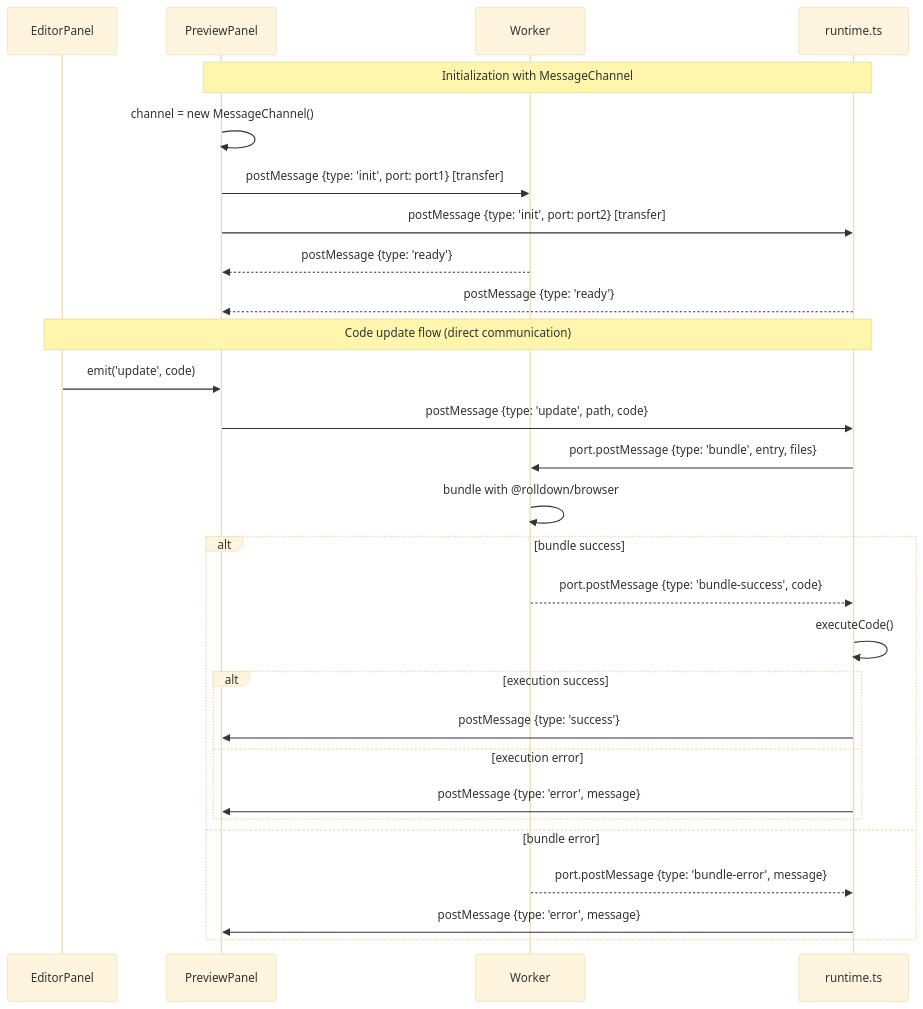
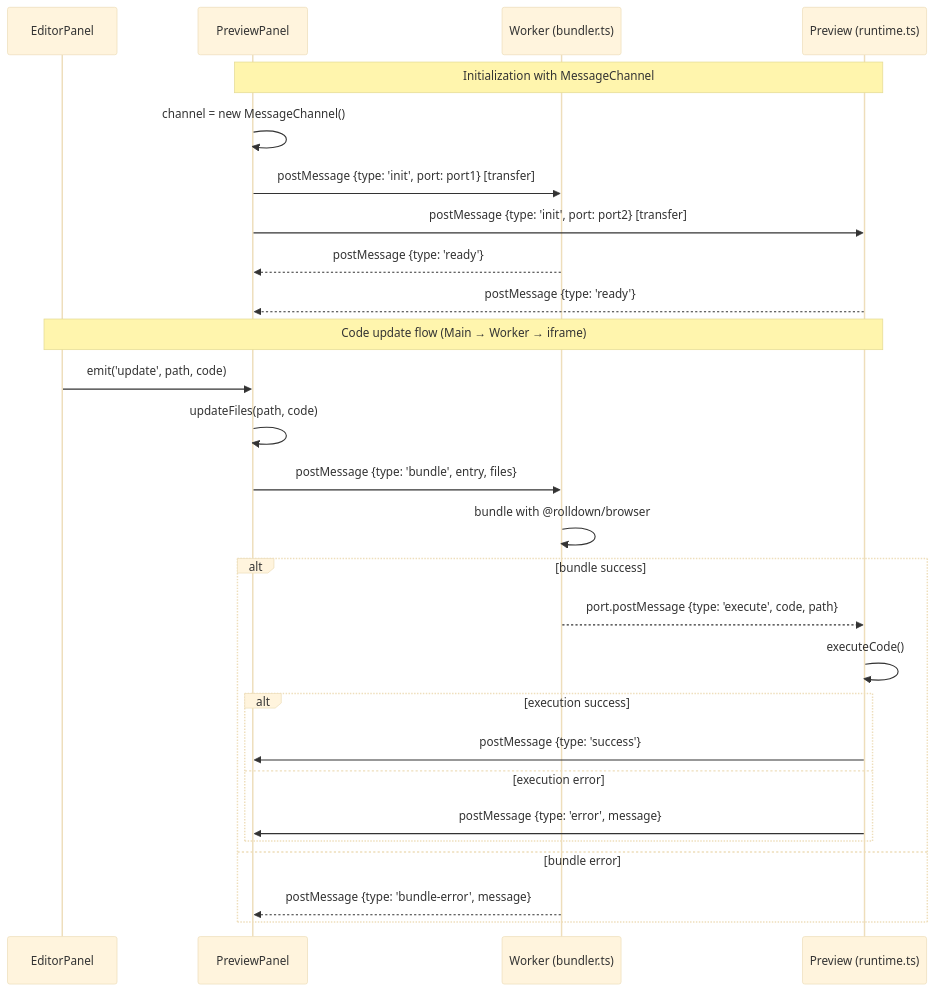
The sixth of 8 diagrams in design/hmr-worker-architecture.md (kazupon/vrowzer), drawn with Mermaid (base theme) before and after one commit. The commit also changed other lines of this file and 1 other file, not shown here.

Commit message:
docs: update hmr worker architecture

````diff
--- a/design/hmr-worker-architecture.md
+++ b/design/hmr-worker-architecture.md
@@ -209,32 +214,31 @@
 ```mermaid
 sequenceDiagram
     participant Editor as EditorPanel
     participant Preview as PreviewPanel
-    participant Worker as Worker
-    participant Runtime as runtime.ts
+    participant Worker as Worker (bundler.ts)
+    participant Runtime as Preview (runtime.ts)
 
     Note over Preview,Runtime: Initialization with MessageChannel
     Preview->>Preview: channel = new MessageChannel()
     Preview->>Worker: postMessage {type: 'init', port: port1} [transfer]
     Preview->>Runtime: postMessage {type: 'init', port: port2} [transfer]
     Worker-->>Preview: postMessage {type: 'ready'}
     Runtime-->>Preview: postMessage {type: 'ready'}
 
-    Note over Editor,Runtime: Code update flow (direct communication)
-    Editor->>Preview: emit('update', code)
-    Preview->>Runtime: postMessage {type: 'update', path, code}
-    Runtime->>Worker: port.postMessage {type: 'bundle', entry, files}
+    Note over Editor,Runtime: Code update flow (Main → Worker → iframe)
+    Editor->>Preview: emit('update', path, code)
+    Preview->>Preview: updateFiles(path, code)
+    Preview->>Worker: postMessage {type: 'bundle', entry, files}
     Worker->>Worker: bundle with @rolldown/browser
     alt bundle success
-        Worker-->>Runtime: port.postMessage {type: 'bundle-success', code}
+        Worker-->>Runtime: port.postMessage {type: 'execute', code, path}
         Runtime->>Runtime: executeCode()
         alt execution success
             Runtime->>Preview: postMessage {type: 'success'}
         else execution error
             Runtime->>Preview: postMessage {type: 'error', message}
         end
     else bundle error
-        Worker-->>Runtime: port.postMessage {type: 'bundle-error', message}
-        Runtime->>Preview: postMessage {type: 'error', message}
+        Worker-->>Preview: postMessage {type: 'bundle-error', message}
     end
 ```
````
